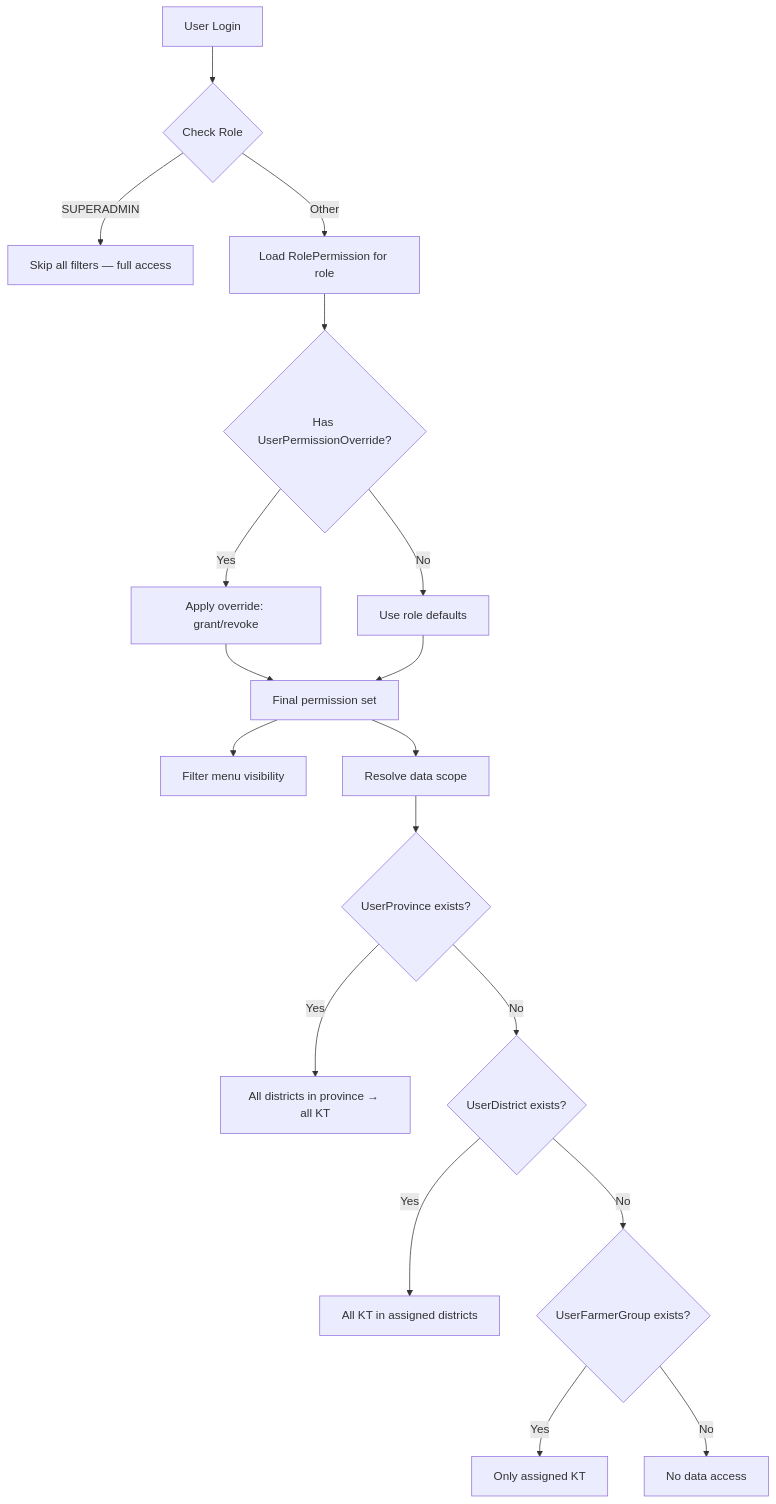
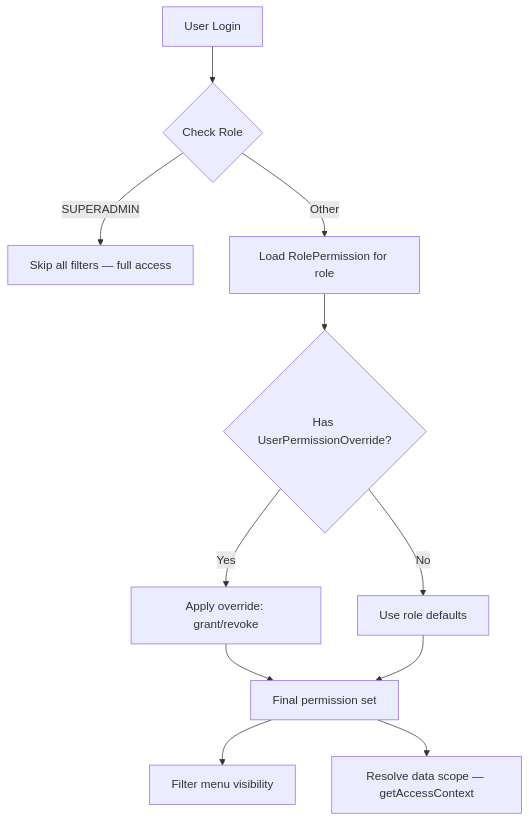
One commit to WRI-Indonesia/mis-smallholder-hub changed the first of 2 diagrams in docs/database/models.md. Above: the diagram before and after it, drawn with Mermaid. The commit also changed other lines of this file and 90 other files, not shown here.

First line of the commit message:
docs: review ke-2 terhadap kode & mis-prod + pecah ui-ux/erd

````diff
--- a/docs/database/models.md
+++ b/docs/database/models.md
@@ -81,20 +81,13 @@
 ```mermaid
 flowchart TD
     A[User Login] --> B{Check Role}
     B -->|SUPERADMIN| SA[Skip all filters — full access]
     B -->|Other| C[Load RolePermission for role]
     C --> D{Has UserPermissionOverride?}
     D -->|Yes| E[Apply override: grant/revoke]
     D -->|No| F[Use role defaults]
     E --> G[Final permission set]
     F --> G
     G --> H[Filter menu visibility]
-    G --> I[Resolve data scope]
-    I --> J{UserProvince exists?}
-    J -->|Yes| K[All districts in province → all KT]
-    J -->|No| L{UserDistrict exists?}
-    L -->|Yes| M[All KT in assigned districts]
-    L -->|No| N{UserFarmerGroup exists?}
-    N -->|Yes| O[Only assigned KT]
-    N -->|No| P[No data access]
+    G --> I[Resolve data scope — getAccessContext]
 ```
````
